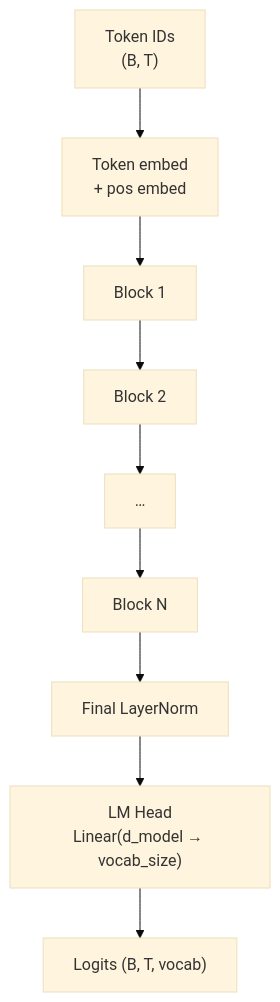
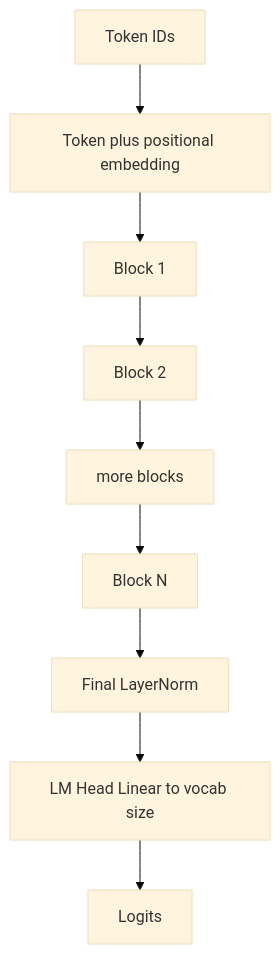
One commit to tesserix/slm-support-platform changed the third of 3 diagrams in docs/diagrams/transformer-block.md. Above: the diagram before and after it, drawn with Mermaid (base theme). The commit also changed other lines of this file and 3 other files, not shown here.

First line of the commit message:
fix(docs): simplify mermaid diagrams to lowest-common-denominator syntax

````diff
--- a/docs/diagrams/transformer-block.md
+++ b/docs/diagrams/transformer-block.md
@@ -49,14 +63,21 @@
 ```mermaid
 graph TB
-    TOK["Token IDs<br/>(B, T)"]
-    EMB["Token embed<br/>+ pos embed"]
-    B1["Block 1"]
-    B2["Block 2"]
-    BD["…"]
-    BN["Block N"]
-    LNF["Final LayerNorm"]
-    HEAD["LM Head<br/>Linear(d_model → vocab_size)"]
-    LOGITS["Logits (B, T, vocab)"]
+    TOK[Token IDs]
+    EMB[Token plus positional embedding]
+    B1[Block 1]
+    B2[Block 2]
+    BD[more blocks]
+    BN[Block N]
+    LNF[Final LayerNorm]
+    HEAD[LM Head Linear to vocab size]
+    LOGITS[Logits]
 
-    TOK --> EMB --> B1 --> B2 --> BD --> BN --> LNF --> HEAD --> LOGITS
+    TOK --> EMB
+    EMB --> B1
+    B1 --> B2
+    B2 --> BD
+    BD --> BN
+    BN --> LNF
+    LNF --> HEAD
+    HEAD --> LOGITS
 ```
````
